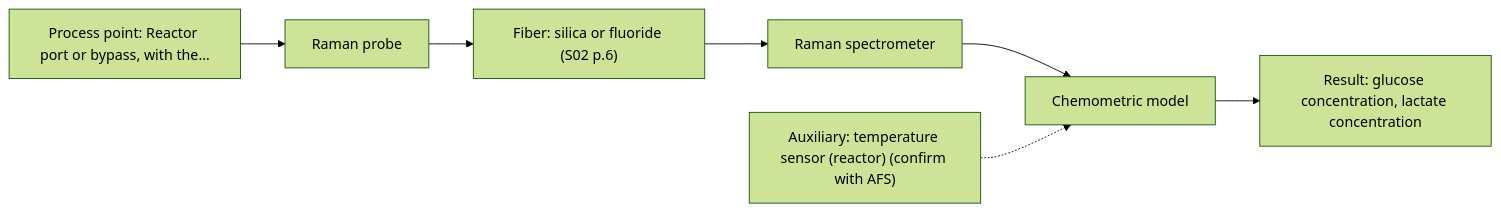
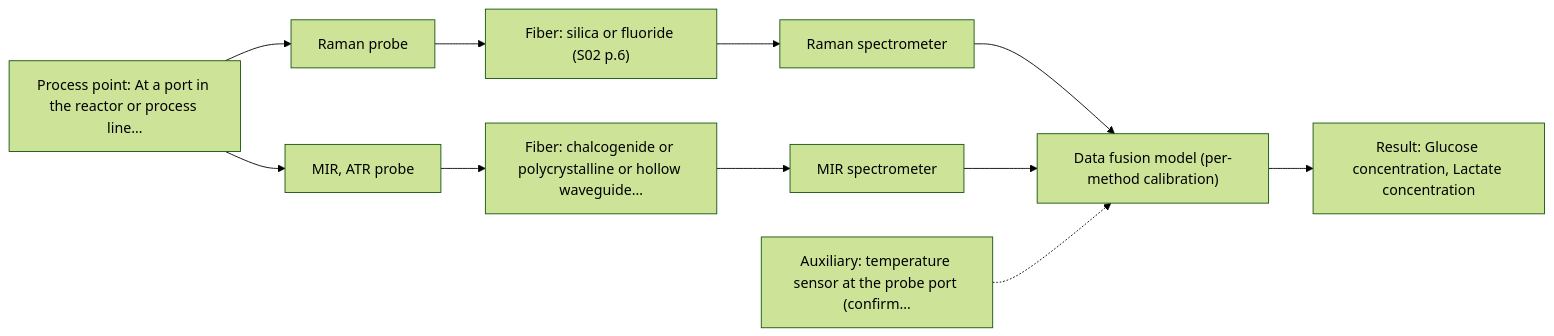
The first of 2 diagrams in outputs/dev/D04.md (sleipnir029/Afs-Spectroscopy-Assistant), drawn with Mermaid (forest theme) before and after one commit. The commit also changed other lines of this file and 15 other files, not shown here.

Commit message:
3.R2 dev run outputs: 8/8 complete, 0 hard failures, 227/227 citations, 14/14 charts

````diff
--- a/outputs/dev/D04.md
+++ b/outputs/dev/D04.md
@@ -36,16 +36,23 @@
 ```mermaid
 flowchart LR
-    proc["Process point: Reactor port or bypass, with the…"]
+    proc["Process point: At a port in the reactor or process line…"]
     probe1["Raman probe"]
     fiber1["Fiber: silica or fluoride (S02 p.6)"]
     spec1["Raman spectrometer"]
-    model["Chemometric model"]
-    result["Result: glucose concentration, lactate concentration"]
-    aux1["Auxiliary: temperature sensor (reactor) (confirm with AFS)"]
+    probe2["MIR, ATR probe"]
+    fiber2["Fiber: chalcogenide or polycrystalline or hollow waveguide…"]
+    spec2["MIR spectrometer"]
+    model["Data fusion model (per-method calibration)"]
+    result["Result: Glucose concentration, Lactate concentration"]
+    aux1["Auxiliary: temperature sensor at the probe port (confirm…"]
     proc --> probe1
     probe1 --> fiber1
     fiber1 --> spec1
     spec1 --> model
+    proc --> probe2
+    probe2 --> fiber2
+    fiber2 --> spec2
+    spec2 --> model
     model --> result
     aux1 -.-> model
 ```
````
